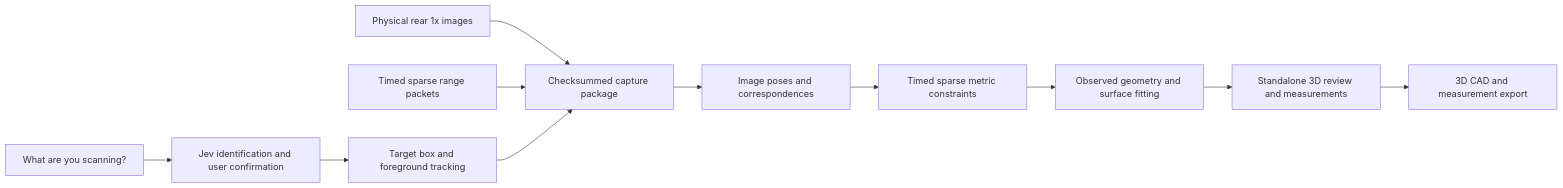
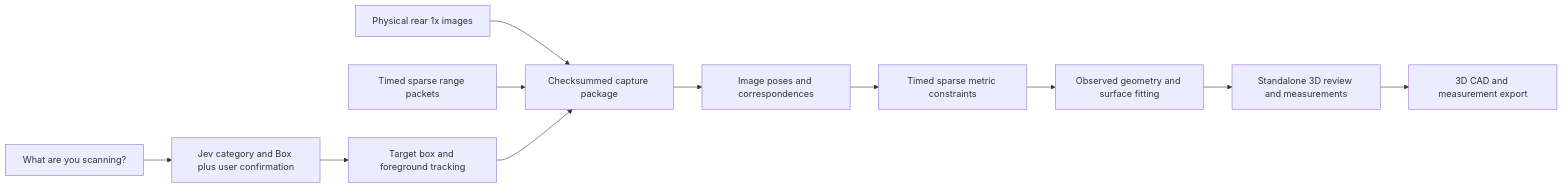
Before and after one commit to KeplSiv/ReverseCAD: the diagram in docs/SPARSE_RECONSTRUCTION_SPEC.md, drawn with Mermaid. The commit also changed other lines of this file, not shown here.

Commit message:
Specify TypeSafe Jev classification and bounding-box support

````diff
--- a/docs/SPARSE_RECONSTRUCTION_SPEC.md
+++ b/docs/SPARSE_RECONSTRUCTION_SPEC.md
@@ -83,13 +119,13 @@
 ```mermaid
 flowchart LR
-    P[What are you scanning?] --> V[Jev identification and user confirmation]
+    P[What are you scanning?] --> V[Jev category and Box plus user confirmation]
     V --> T[Target box and foreground tracking]
     A[Physical rear 1x images] --> C[Checksummed capture package]
     B[Timed sparse range packets] --> C
     T --> C
     C --> S[Image poses and correspondences]
     S --> R[Timed sparse metric constraints]
     R --> G[Observed geometry and surface fitting]
     G --> M[Standalone 3D review and measurements]
     M --> E[3D CAD and measurement export]
 ```
````
